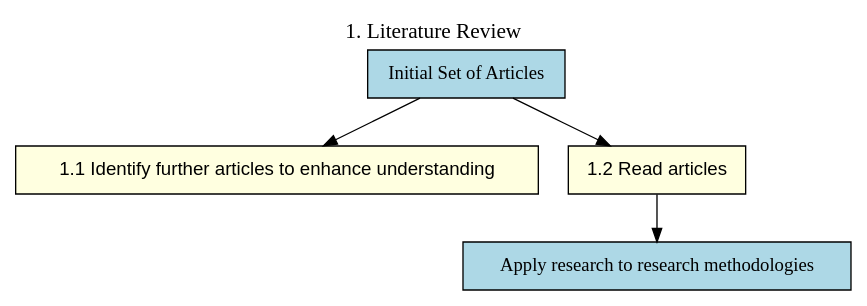
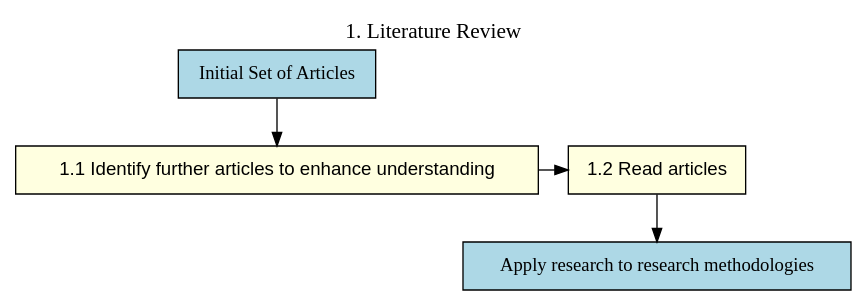
The second of 8 diagrams in analysis/flowcarts.qmd (jm1212a/denver_tree_phenology), drawn with Graphviz before and after one commit. The commit also changed other lines of this file and 4 other files, not shown here.

````diff
--- a/analysis/flowcarts.qmd
+++ b/analysis/flowcarts.qmd
@@ -44,32 +44,32 @@
 ```{dot}
 
 digraph WBS_Overview {
   label="1. Literature Review";
   labelloc="t";
   fontsize=16;
   fontname="Helvetica Bold";
   
   rankdir=TB;
   node [shape=box, style=filled, fillcolor=lightyellow, fontname="Helvetica", fontsize=12];
   
   nodesep=0.3;
   ranksep=.5;
 
   // Root nodes
   A [label="Initial Set of Articles", fillcolor=lightblue, fontsize=14, fontname="Helvetica Bold"];
   B [label="Apply research to research methodologies", fillcolor=lightblue, fontsize=14, fontname="Helvetica Bold"];
 
   // Level 2 nodes
   A1 [label="1.1 Identify further articles to enhance understanding", fontsize=14, fillcolor=lightyellow];
   A2 [label="1.2 Read articles", fontsize=14, fillcolor=lightyellow];
 
   // Horizontal arrangement
   { rank=same; A1; A2; }
 
   // Connect root to Level 2 nodes
   A -> A1;
-  A -> A2;
+  A1 -> A2;
   A2 -> B;
 }
 
 ```
````
